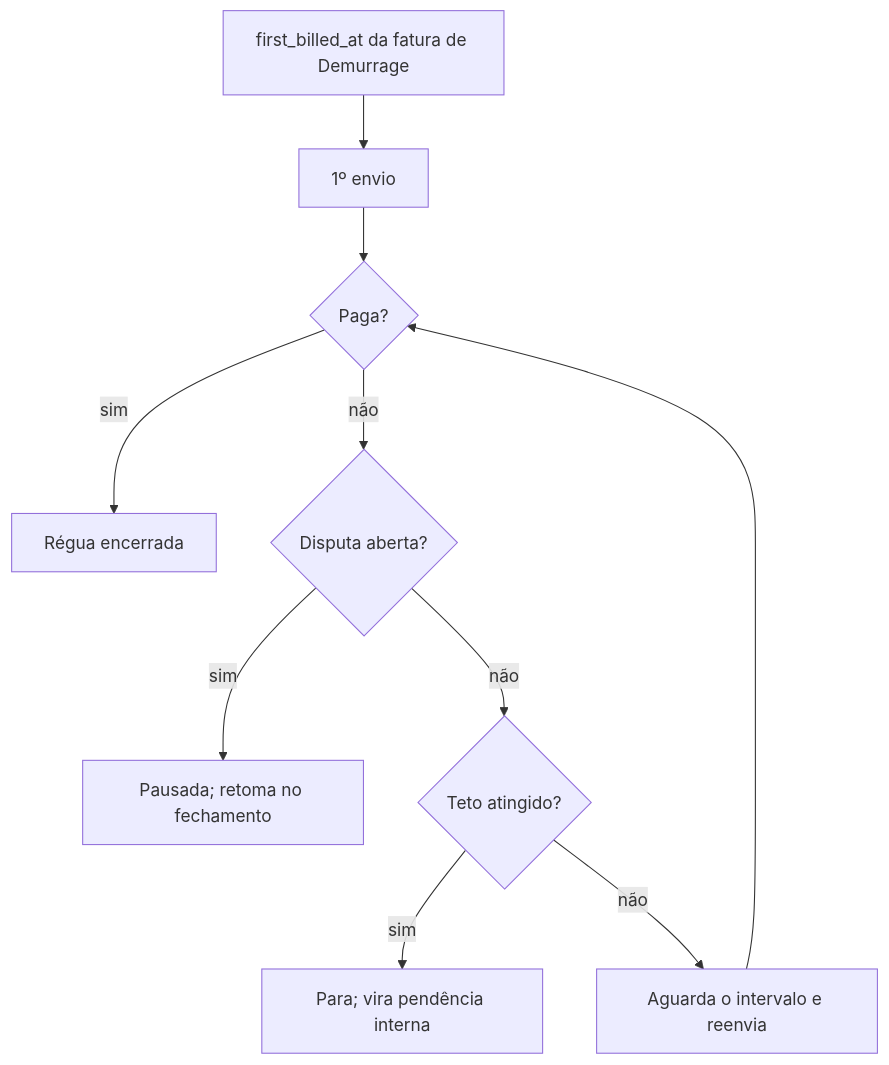
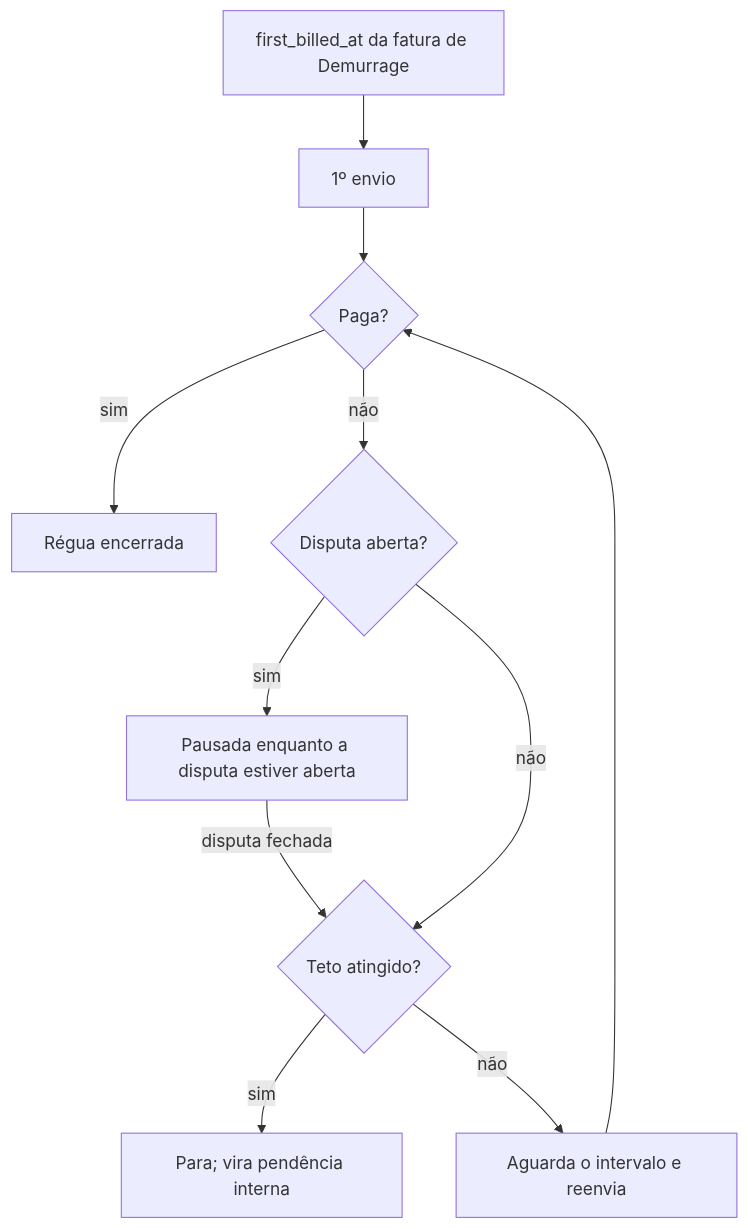
One commit to luccafwlog/transhippingdesk changed the second of 2 diagrams in docs/spec/2026-08-27-comunicacao-email-clientes-design.md. Above: the diagram before and after it, drawn with Mermaid. The commit also changed other lines of this file and 7 other files, not shown here.

````diff
--- a/docs/spec/2026-08-27-comunicacao-email-clientes-design.md
+++ b/docs/spec/2026-08-27-comunicacao-email-clientes-design.md
@@ -312,12 +358,13 @@
 ```mermaid
 flowchart TD
   A[first_billed_at da fatura de Demurrage] --> B[1º envio]
   B --> C{Paga?}
   C -- sim --> D[Régua encerrada]
   C -- não --> E{Disputa aberta?}
-  E -- sim --> F[Pausada; retoma no fechamento]
+  E -- sim --> F[Pausada enquanto a disputa estiver aberta]
+  F -- disputa fechada --> G
   E -- não --> G{Teto atingido?}
   G -- sim --> H[Para; vira pendência interna]
   G -- não --> I[Aguarda o intervalo e reenvia]
   I --> C
 ```
````
